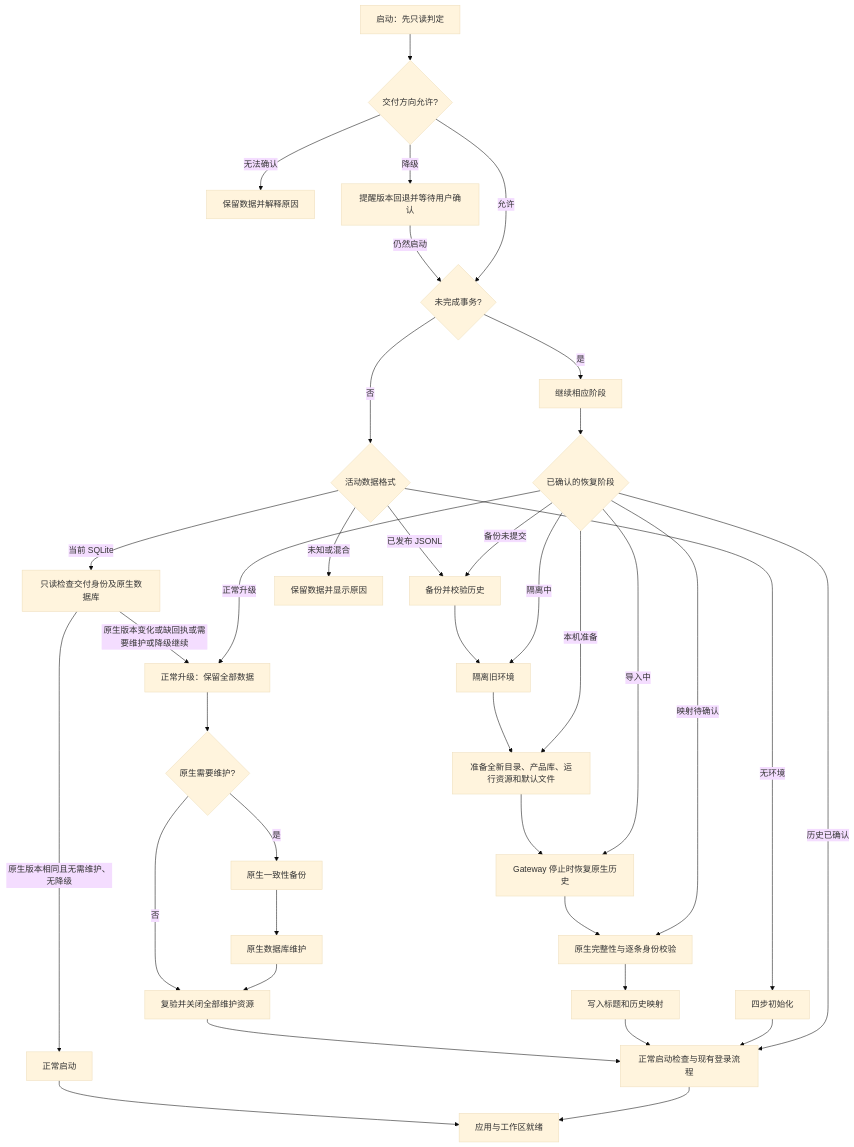
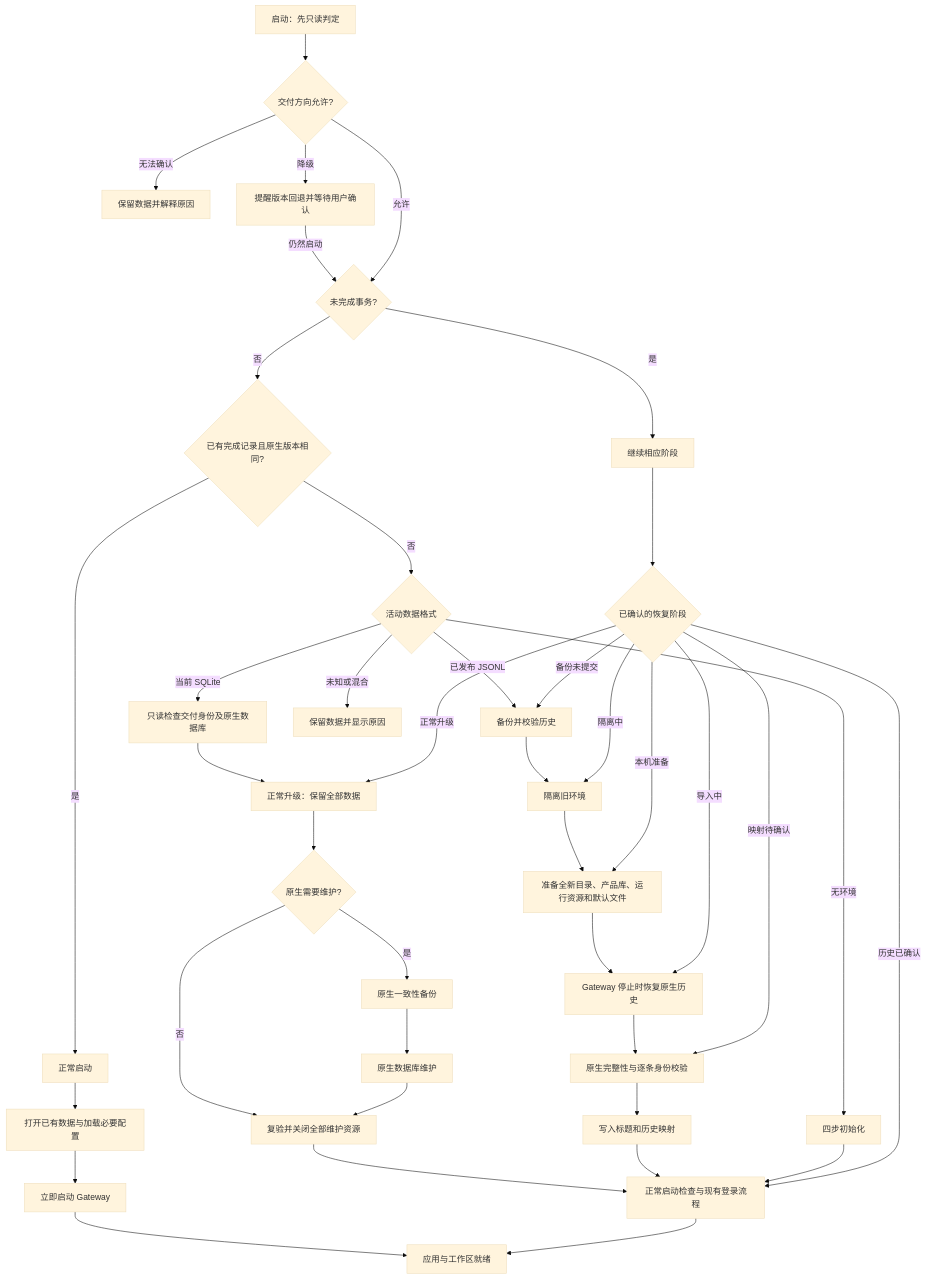
The diagram in docs/features/app/startup-and-history-upgrade.md (liangxhao/JustDo), drawn with Mermaid (base theme) before and after one commit. The commit also changed other lines of this file and 151 other files, not shown here.

````diff
--- a/docs/features/app/startup-and-history-upgrade.md
+++ b/docs/features/app/startup-and-history-upgrade.md
@@ -59,39 +76,42 @@
 ```mermaid
 flowchart TD
   Start[启动：先只读判定] --> Direction{交付方向允许?}
   Direction -->|无法确认| Blocked[保留数据并解释原因]
   Direction -->|降级| Confirm[提醒版本回退并等待用户确认]
   Confirm -->|仍然启动| Pending
   Direction -->|允许| Pending{未完成事务?}
   Pending -->|是| Resume[继续相应阶段]
-  Pending -->|否| Format{活动数据格式}
+  Pending -->|否| Completed{已有完成记录且原生版本相同?}
+  Completed -->|是| Normal[正常启动]
+  Completed -->|否| Format{活动数据格式}
   Format -->|无环境| Fresh[四步初始化]
   Format -->|已发布 JSONL| Backup[备份并校验历史]
   Format -->|当前 SQLite| Inspect[只读检查交付身份及原生数据库]
-  Inspect -->|原生版本变化或缺回执或需要维护或降级继续| Upgrade[正常升级：保留全部数据]
-  Inspect -->|原生版本相同且无需维护、无降级| Normal[正常启动]
+  Inspect --> Upgrade[正常升级：保留全部数据]
   Upgrade --> Schema{原生需要维护?}
   Schema -->|是| NativeBackup[原生一致性备份]
   Schema -->|否| NativeVerify
   NativeBackup --> NativeUpgrade[原生数据库维护]
   NativeUpgrade --> NativeVerify[复验并关闭全部维护资源]
   NativeVerify --> Check
   Format -->|未知或混合| Error[保留数据并显示原因]
   Backup --> Isolate[隔离旧环境]
   Isolate --> Initialize[准备全新目录、产品库、运行资源和默认文件]
   Initialize --> Restore[Gateway 停止时恢复原生历史]
   Restore --> Verify[原生完整性与逐条身份校验]
   Verify --> Metadata[写入标题和历史映射]
   Metadata --> Check[正常启动检查与现有登录流程]
   Fresh --> Check
-  Normal --> Ready[应用与工作区就绪]
+  Normal --> Config[打开已有数据与加载必要配置]
+  Config --> Gateway[立即启动 Gateway]
+  Gateway --> Ready[应用与工作区就绪]
   Check --> Ready
   Resume --> Phase{已确认的恢复阶段}
   Phase -->|备份未提交| Backup
   Phase -->|隔离中| Isolate
   Phase -->|本机准备| Initialize
   Phase -->|导入中| Restore
   Phase -->|映射待确认| Verify
   Phase -->|历史已确认| Check
   Phase -->|正常升级| Upgrade
 ```
````
